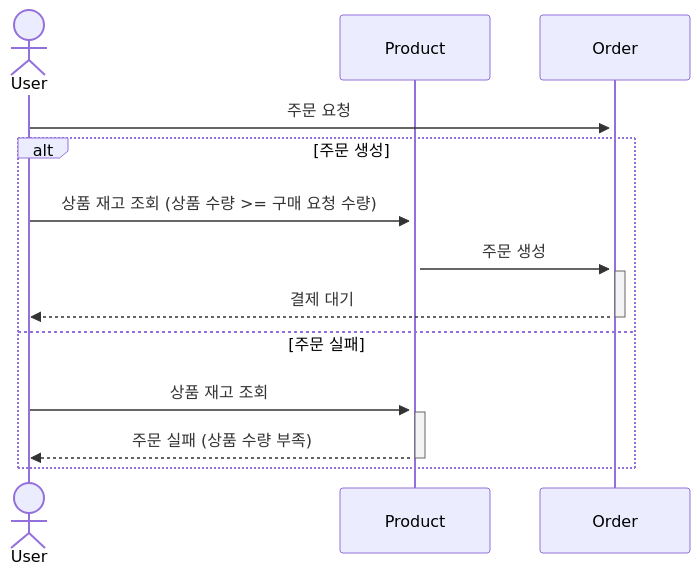
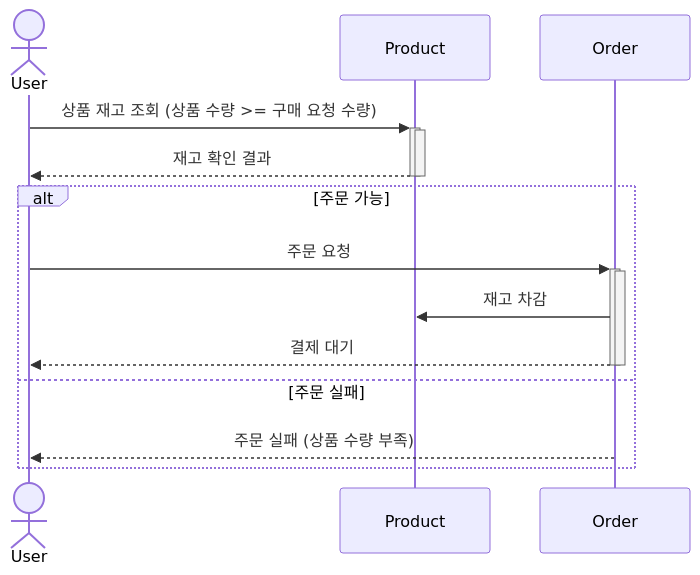
The fifth of 8 diagrams in docs/SequenceDiagram.md (Ssoyoung-J/e-commerce-service), drawn with Mermaid before and after one commit. The commit also changed other lines of this file, not shown here.

Commit message:
docs : SequenceDiagram 1.1

````diff
--- a/docs/SequenceDiagram.md
+++ b/docs/SequenceDiagram.md
@@ -50,16 +50,21 @@
 ```mermaid
 sequenceDiagram
     actor User
     participant Product
     participant Order
-    
-    User ->>+ Order: 주문 요청
-    alt 주문 생성
-        User ->>+ Product : 상품 재고 조회 (상품 수량 >= 구매 요청 수량)
-        Product ->>+ Order : 주문 생성
+
+    User ->>+ Product : 상품 재고 조회 (상품 수량 >= 구매 요청 수량)
+    activate Product
+    Product -->>- User : 재고 확인 결과
+    deactivate Product
+
+    alt 주문 가능
+        User ->>+ Order: 주문 요청
+        activate Order
+        Order ->> Product : 재고 차감
         Order -->>- User : 결제 대기
+        deactivate Order
     else 주문 실패
-        User ->>+ Product : 상품 재고 조회
-        Product -->>- User : 주문 실패 (상품 수량 부족)
+        Order -->> User : 주문 실패 (상품 수량 부족)
     end
 ```
````
